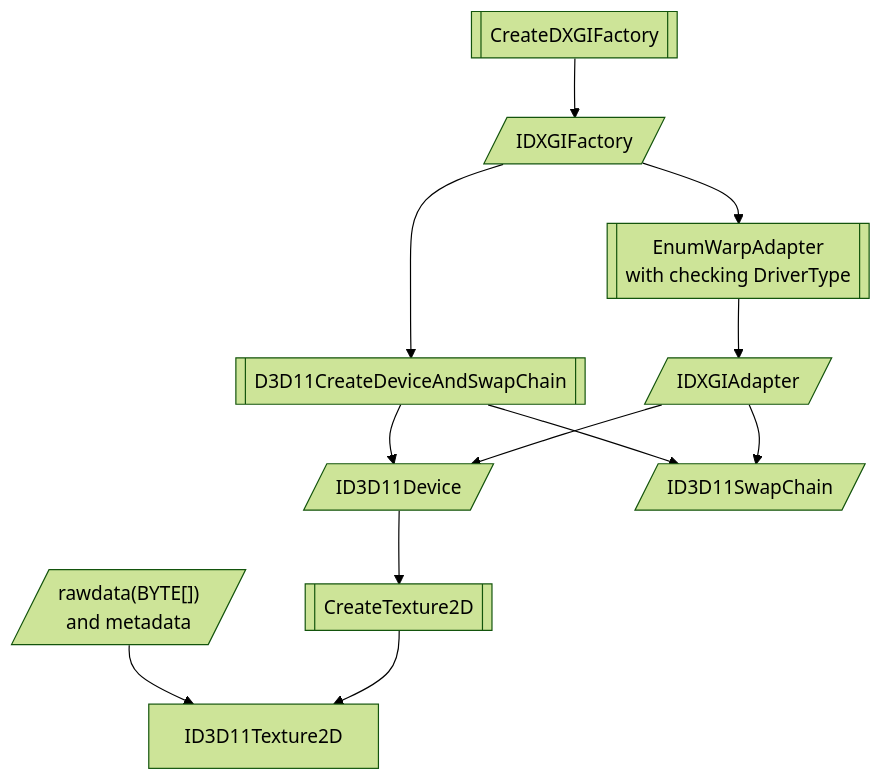
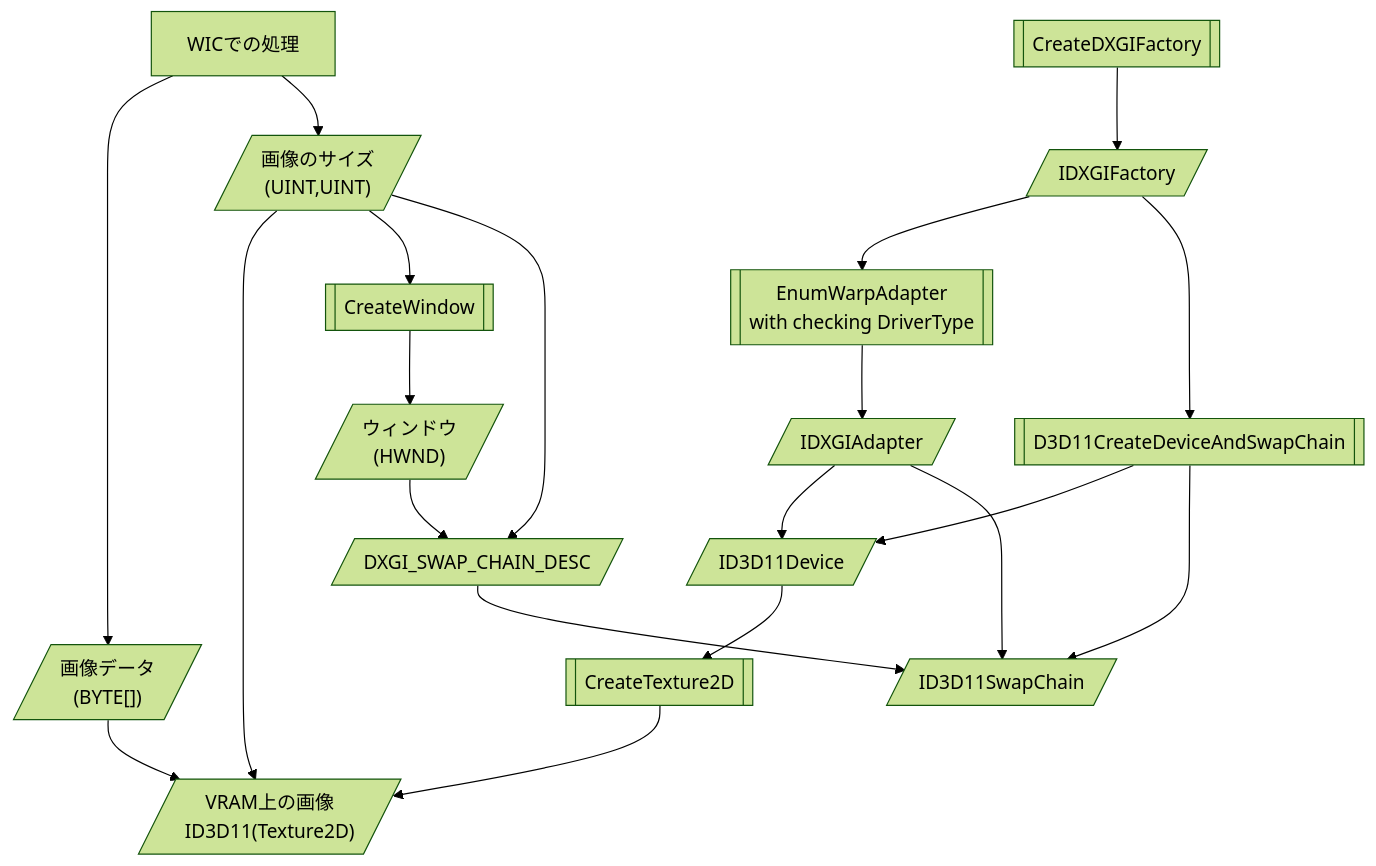
Before and after one commit to t3HyperParallel/ReportGPGPU: the second of 3 diagrams in README.md, drawn with Mermaid (forest theme). The commit also changed other lines of this file, not shown here.

````diff
--- a/README.md
+++ b/README.md
@@ -44,11 +44,14 @@
 ```mermaid
 flowchart TD
-  rawdata[/"rawdata(BYTE[])<br/>and metadata"/]
+  usingWIC["WICでの処理"]-->rawdata[/"画像データ<br/>(BYTE[])"/] & metadata[/"画像のサイズ<br/>(UINT,UINT)"/]
+  rawdata & metadata & ID3D11Device.CreateTexture2D-->ID3D11Texture2D[/"VRAM上の画像<br/>ID3D11(Texture2D)"/]
+  metadata-->CreateWindow[["CreateWindow"]]-->HWND[/"ウィンドウ<br/>(HWND)"/]
+  metadata & HWND-->DXGI_SWAP_CHAIN_DESC[/"DXGI_SWAP_CHAIN_DESC"/]
   CreateDXGIFactory[[CreateDXGIFactory]]-->IDXGIFactory[/"IDXGIFactory"/]
   IDXGIFactory-->EnumWarpAdapter[[EnumWarpAdapter<br/>with checking DriverType]]-->IDXGIAdapter[/"IDXGIAdapter"/]
   IDXGIFactory-->D3D11CreateDeviceAndSwapChain[[D3D11CreateDeviceAndSwapChain]]
   D3D11CreateDeviceAndSwapChain & IDXGIAdapter-->ID3D11Device[/"ID3D11Device"/] & ID3D11SwapChain[/"ID3D11SwapChain"/]
+  DXGI_SWAP_CHAIN_DESC-->ID3D11SwapChain
   ID3D11Device-->ID3D11Device.CreateTexture2D[[CreateTexture2D]]
-  rawdata & ID3D11Device.CreateTexture2D-->ID3D11Texture2D
   
 ```
````
